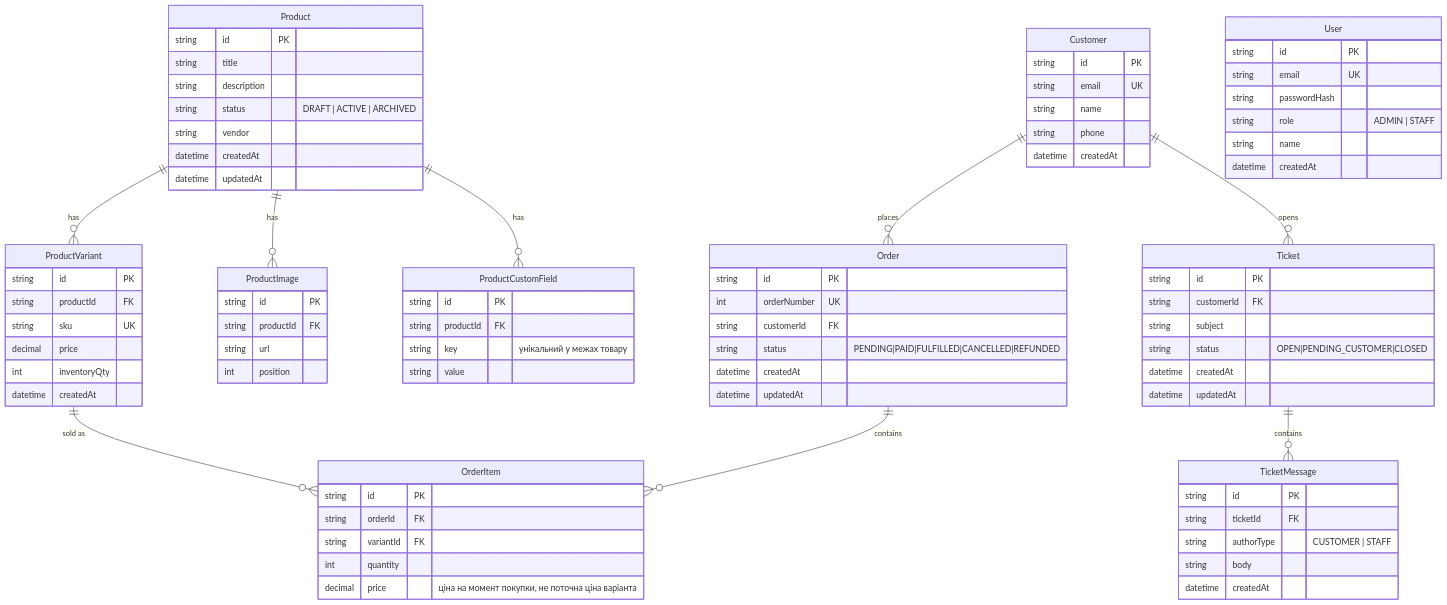
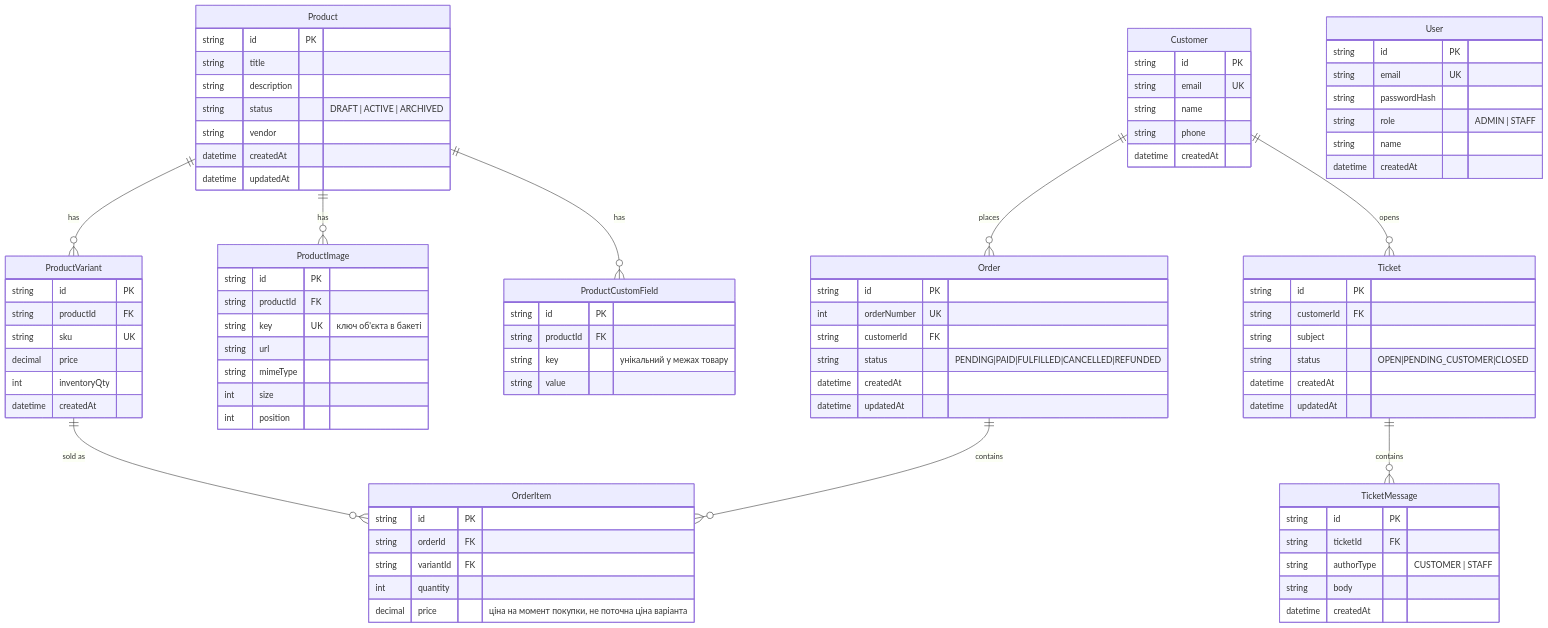
Before and after one commit to MaksymHeraskevych-Hallwil/storefront: the second of 6 diagrams in DESIGN.md, drawn with Mermaid. The commit also changed other lines of this file and 25 other files, not shown here.

```diff
--- a/DESIGN.md
+++ b/DESIGN.md
@@ -86,7 +87,10 @@
     ProductImage {
         string id PK
         string productId FK
+        string key UK "ключ об'єкта в бакеті"
         string url
+        string mimeType
+        int size
         int position
     }
 
```
